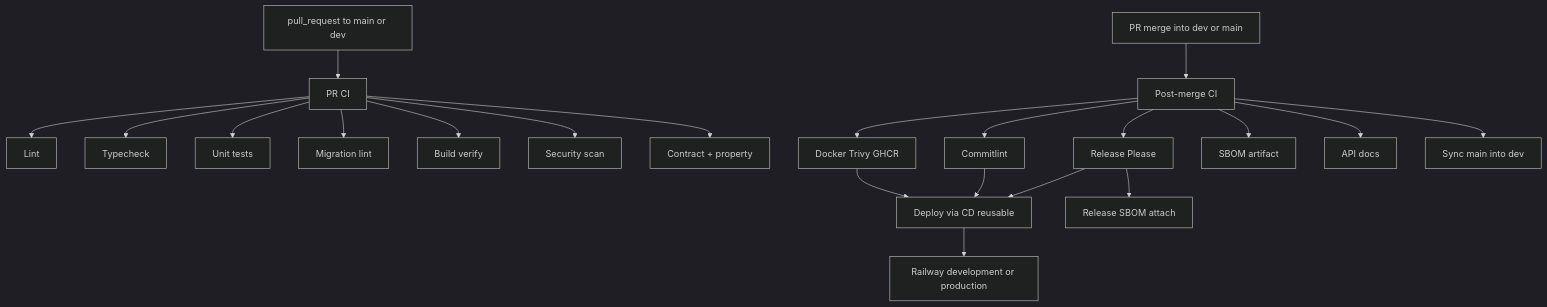
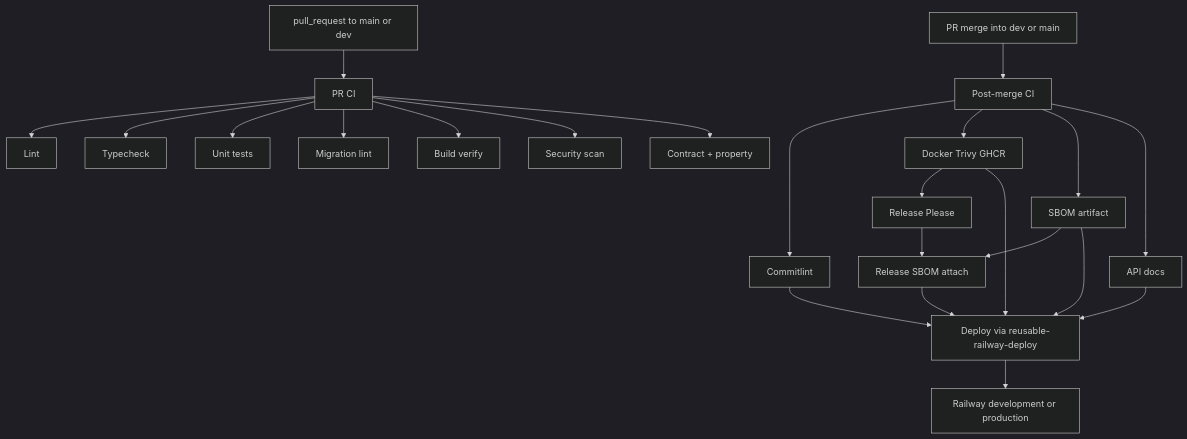
The first of 6 diagrams in docs/deployment/ci-cd/cicd-and-deployment.md (nikunjmavani/core-be), drawn with Mermaid (dark theme) before and after one commit. The commit also changed other lines of this file and 3 other files, not shown here.

First line of the commit message:
refactor(ci): optimize post-merge flow and drop sync-main-into-dev

````diff
--- a/docs/deployment/ci-cd/cicd-and-deployment.md
+++ b/docs/deployment/ci-cd/cicd-and-deployment.md
@@ -11,28 +11,30 @@
 ```mermaid
 flowchart TD
   PR[pull_request to main or dev] --> PRCI[PR CI]
   PRCI --> Lint[Lint]
   PRCI --> Typecheck[Typecheck]
   PRCI --> Unit[Unit tests]
   PRCI --> MigLint[Migration lint]
   PRCI --> BuildVerify[Build verify]
   PRCI --> Sec[Security scan]
   PRCI --> Contract[Contract + property]
 
   Merge[PR merge into dev or main] --> PostMerge[Post-merge CI]
 
   PostMerge --> Commitlint[Commitlint]
-  PostMerge --> ReleasePlease[Release Please]
   PostMerge --> Docker[Docker Trivy GHCR]
   PostMerge --> SBOM[SBOM artifact]
   PostMerge --> APIDocs[API docs]
-  PostMerge --> SyncMain[Sync main into dev]
 
-  Docker --> Deploy[Deploy via CD reusable]
+  Docker --> ReleasePlease[Release Please]
+  ReleasePlease --> ReleaseSBOM[Release SBOM attach]
+  SBOM --> ReleaseSBOM
+  ReleaseSBOM --> Deploy[Deploy via reusable-railway-deploy]
+  Docker --> Deploy
+  SBOM --> Deploy
+  APIDocs --> Deploy
   Commitlint --> Deploy
-  ReleasePlease --> Deploy
 
   Deploy --> Railway[Railway development or production]
 
-  ReleasePlease --> ReleaseSBOM[Release SBOM attach]
 ```
````
